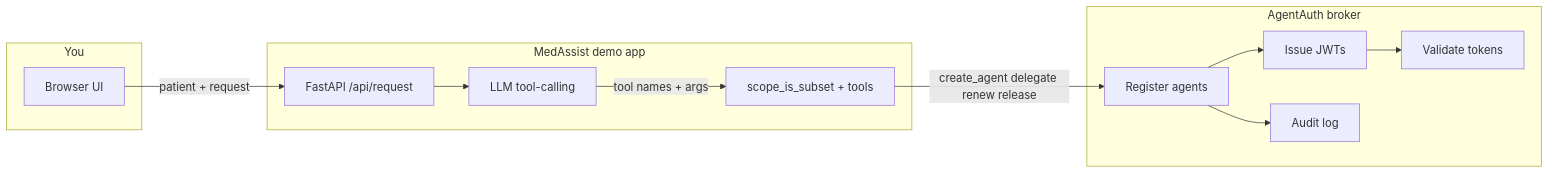
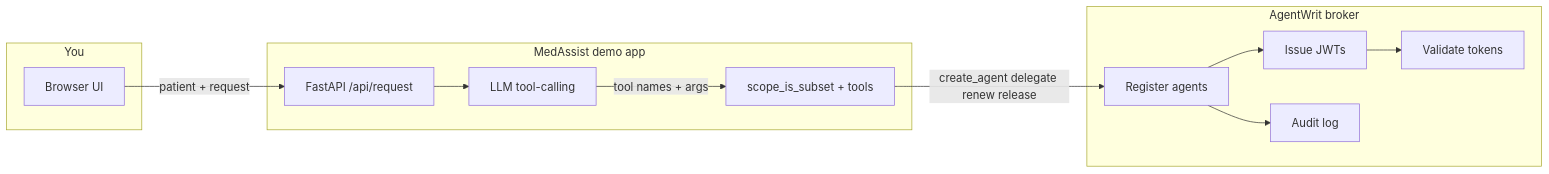
Before and after one commit to devonartis/agentwrit-python: the first of 5 diagrams in demo/BEGINNERS_GUIDE.md, drawn with Mermaid. The commit also changed other lines of this file and 19 other files, not shown here.

````diff
--- a/demo/BEGINNERS_GUIDE.md
+++ b/demo/BEGINNERS_GUIDE.md
@@ -38,24 +38,24 @@
 ```mermaid
 flowchart LR
     subgraph you [You]
         UI[Browser UI]
     end
     subgraph demo [MedAssist demo app]
         API[FastAPI /api/request]
         LLM[LLM tool-calling]
         Gate[scope_is_subset + tools]
     end
-    subgraph broker [AgentAuth broker]
+    subgraph broker [AgentWrit broker]
         Reg[Register agents]
         Tok[Issue JWTs]
         Val[Validate tokens]
         Aud[Audit log]
     end
     UI -->|patient + request| API
     API --> LLM
     LLM -->|tool names + args| Gate
     Gate -->|create_agent delegate renew release| Reg
     Reg --> Tok
     Tok --> Val
     Reg --> Aud
 ```
````
